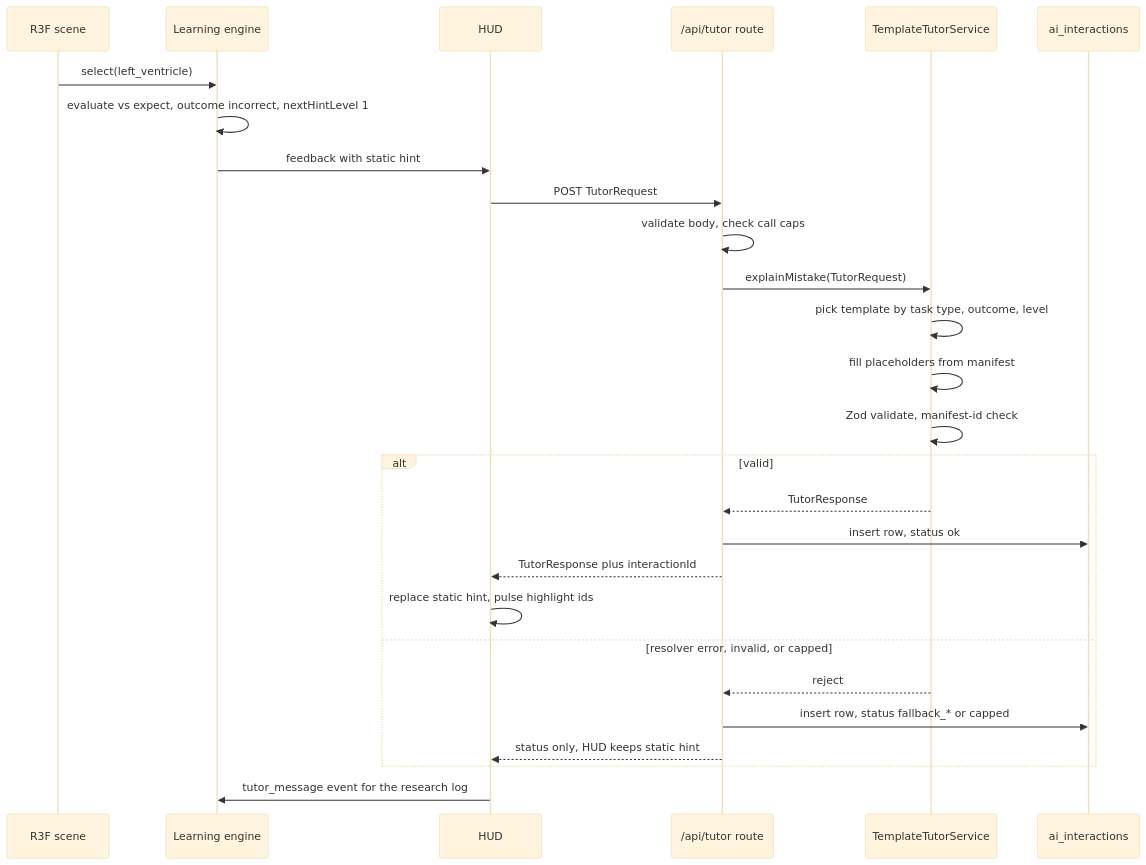
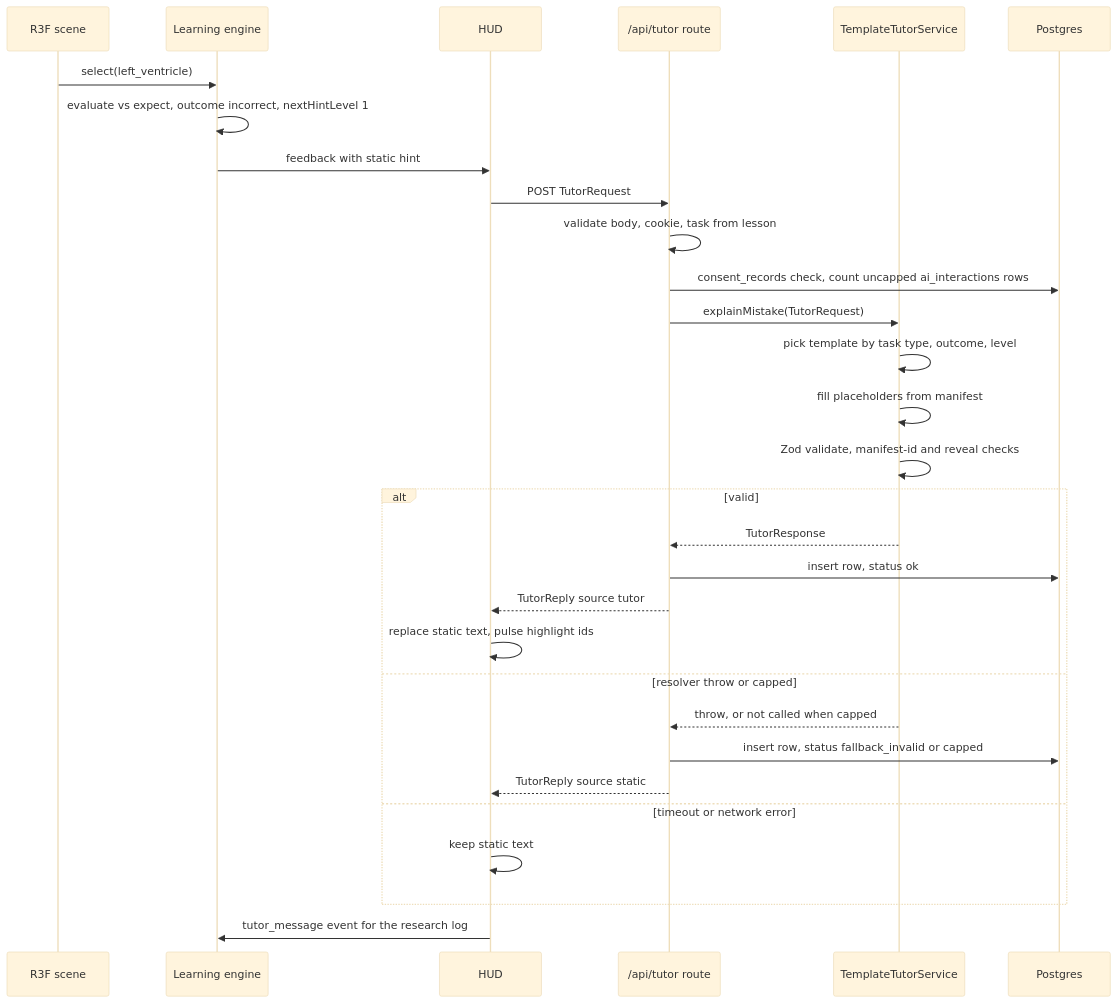
The diagram in docs/07-ai-tutor.md (bses7/Grasp), drawn with Mermaid (base theme) before and after one commit. The commit also changed other lines of this file and 57 other files, not shown here.

````diff
--- a/docs/07-ai-tutor.md
+++ b/docs/07-ai-tutor.md
@@ -221,29 +254,32 @@
 ```mermaid
 sequenceDiagram
   participant S as R3F scene
   participant E as Learning engine
   participant H as HUD
   participant R as /api/tutor route
   participant T as TemplateTutorService
-  participant D as ai_interactions
+  participant D as Postgres
   S->>E: select(left_ventricle)
   E->>E: evaluate vs expect, outcome incorrect, nextHintLevel 1
   E->>H: feedback with static hint
   H->>R: POST TutorRequest
-  R->>R: validate body, check call caps
+  R->>R: validate body, cookie, task from lesson
+  R->>D: consent_records check, count uncapped ai_interactions rows
   R->>T: explainMistake(TutorRequest)
   T->>T: pick template by task type, outcome, level
   T->>T: fill placeholders from manifest
-  T->>T: Zod validate, manifest-id check
+  T->>T: Zod validate, manifest-id and reveal checks
   alt valid
     T-->>R: TutorResponse
     R->>D: insert row, status ok
-    R-->>H: TutorResponse plus interactionId
-    H->>H: replace static hint, pulse highlight ids
-  else resolver error, invalid, or capped
-    T-->>R: reject
-    R->>D: insert row, status fallback_* or capped
-    R-->>H: status only, HUD keeps static hint
+    R-->>H: TutorReply source tutor
+    H->>H: replace static text, pulse highlight ids
+  else resolver throw or capped
+    T-->>R: throw, or not called when capped
+    R->>D: insert row, status fallback_invalid or capped
+    R-->>H: TutorReply source static
+  else timeout or network error
+    H->>H: keep static text
   end
   H->>E: tutor_message event for the research log
 ```
````
